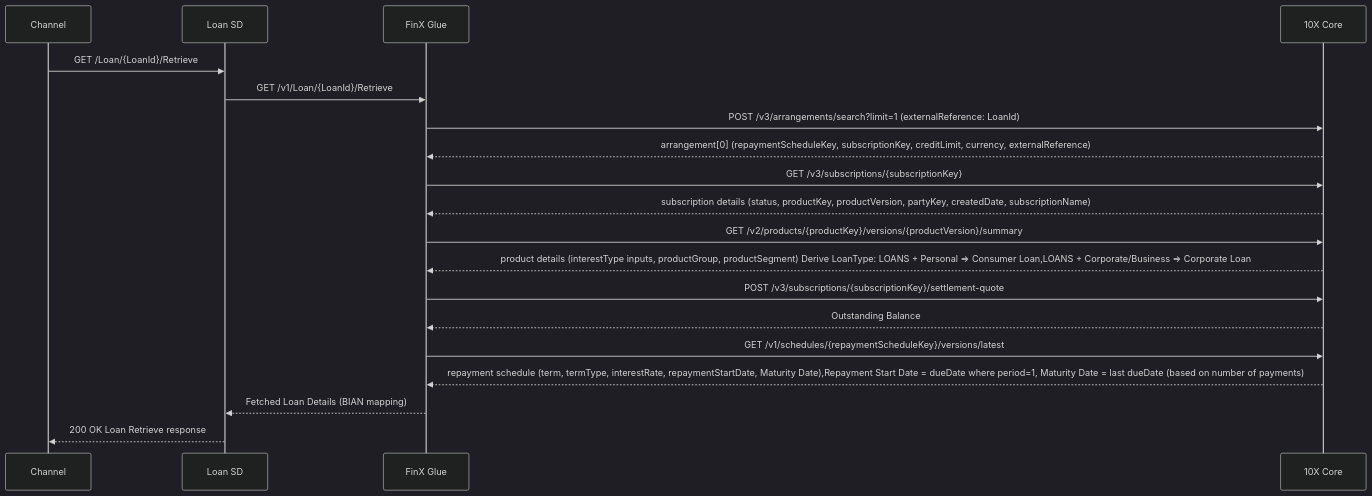
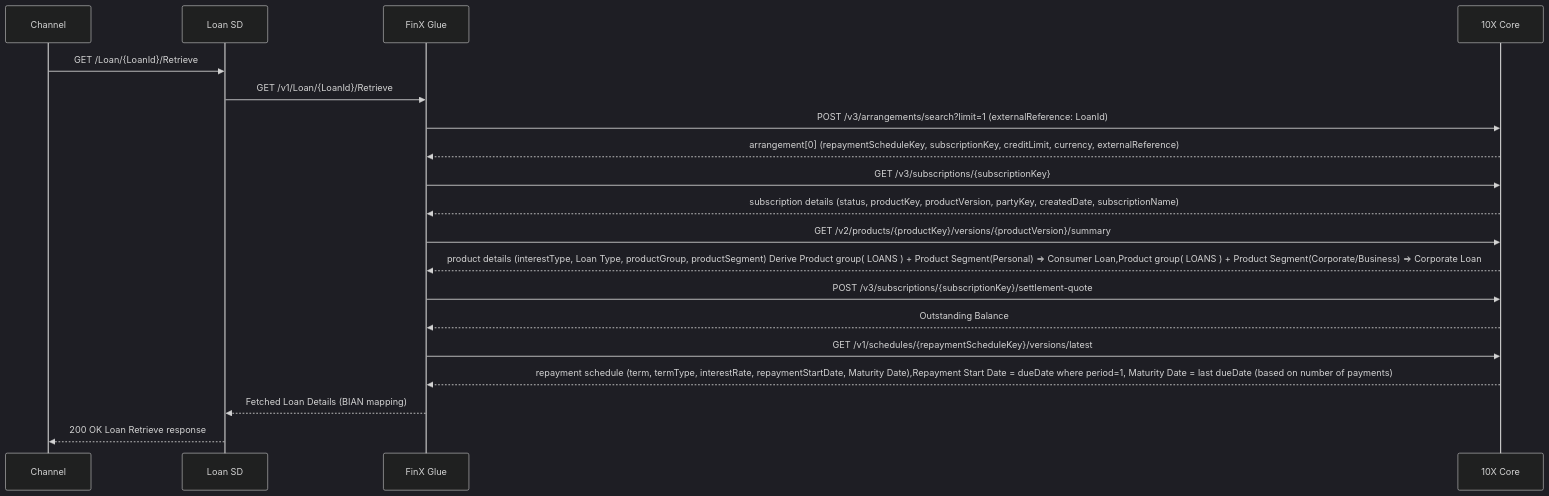
Before and after one commit to Simhadrikiran-295217/adapter-api-flows: the diagram in view loan details.md, drawn with Mermaid (dark theme).

Commit message:
Update view loan details.md

````diff
--- a/view loan details.md
+++ b/view loan details.md
@@ -3,28 +3,28 @@
 ```mermaid
 sequenceDiagram
     participant C as Channel
     participant L as Loan SD
     participant G as FinX Glue
     participant X as 10X Core
 
     C->>L: GET /Loan/{LoanId}/Retrieve
     L->>G: GET /v1/Loan/{LoanId}/Retrieve
 
     G->>X: POST /v3/arrangements/search?limit=1 (externalReference: LoanId)
     X-->>G: arrangement[0] (repaymentScheduleKey, subscriptionKey, creditLimit, currency, externalReference)
 
     G->>X: GET /v3/subscriptions/{subscriptionKey}
     X-->>G: subscription details (status, productKey, productVersion, partyKey, createdDate, subscriptionName)
 
     G->>X: GET /v2/products/{productKey}/versions/{productVersion}/summary
-    X-->>G: product details (interestType inputs, productGroup, productSegment) Derive LoanType: LOANS + Personal => Consumer Loan,LOANS + Corporate/Business => Corporate Loan
+    X-->>G: product details (interestType, Loan Type, productGroup, productSegment) Derive Product group( LOANS ) + Product Segment(Personal) => Consumer Loan,Product group( LOANS ) + Product Segment(Corporate/Business) => Corporate Loan
 
     G->>X: POST /v3/subscriptions/{subscriptionKey}/settlement-quote
     X-->>G: Outstanding Balance
 
     G->>X: GET /v1/schedules/{repaymentScheduleKey}/versions/latest
     X-->>G: repayment schedule (term, termType, interestRate, repaymentStartDate, Maturity Date),Repayment Start Date = dueDate where period=1, Maturity Date = last dueDate (based on number of payments)
 
     G-->>L: Fetched Loan Details (BIAN mapping)
     L-->>C: 200 OK Loan Retrieve response
 ```
````
